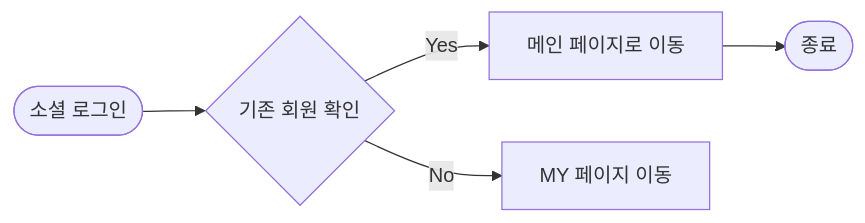
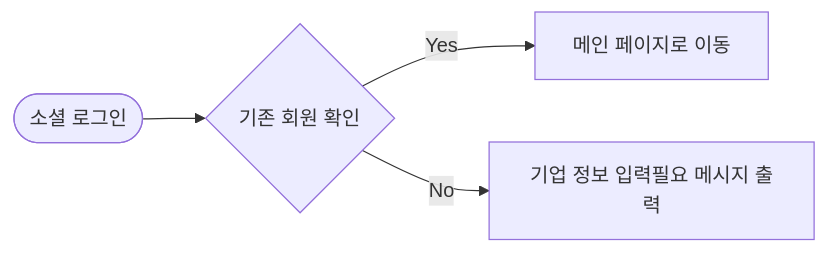
Before and after one commit to Dev-FE-3/team4-phoenix-CustomService: the first of 13 diagrams in design/기능정의서.md, drawn with Mermaid. The commit also changed other lines of this file, not shown here.

````diff
--- a/design/기능정의서.md
+++ b/design/기능정의서.md
@@ -50,7 +49,7 @@
 ```mermaid
-  flowchart LR
-  A([소셜 로그인]) --> B{기존 회원 확인}
-  B --> |Yes| C[메인 페이지로 이동] --> D([종료])
-  B --> |No| E[MY 페이지 이동]
+flowchart LR
+A([소셜 로그인])-->B{기존 회원 확인};
+  B-->|Yes|C[메인 페이지로 이동]
+  B-->|No|E[기업 정보 입력필요 메시지 출력 ];
 
 ```
````
